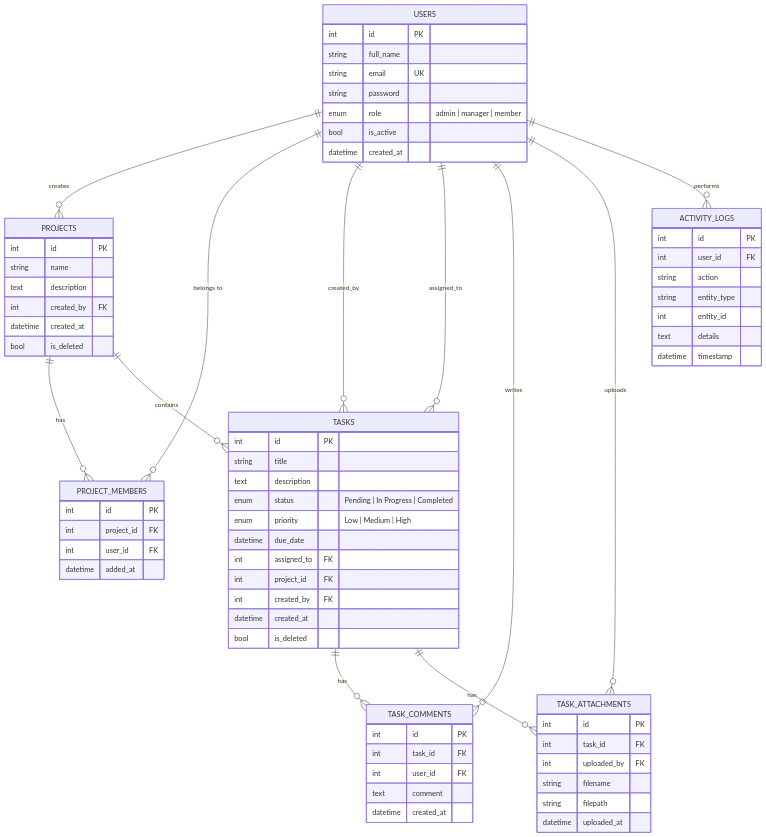
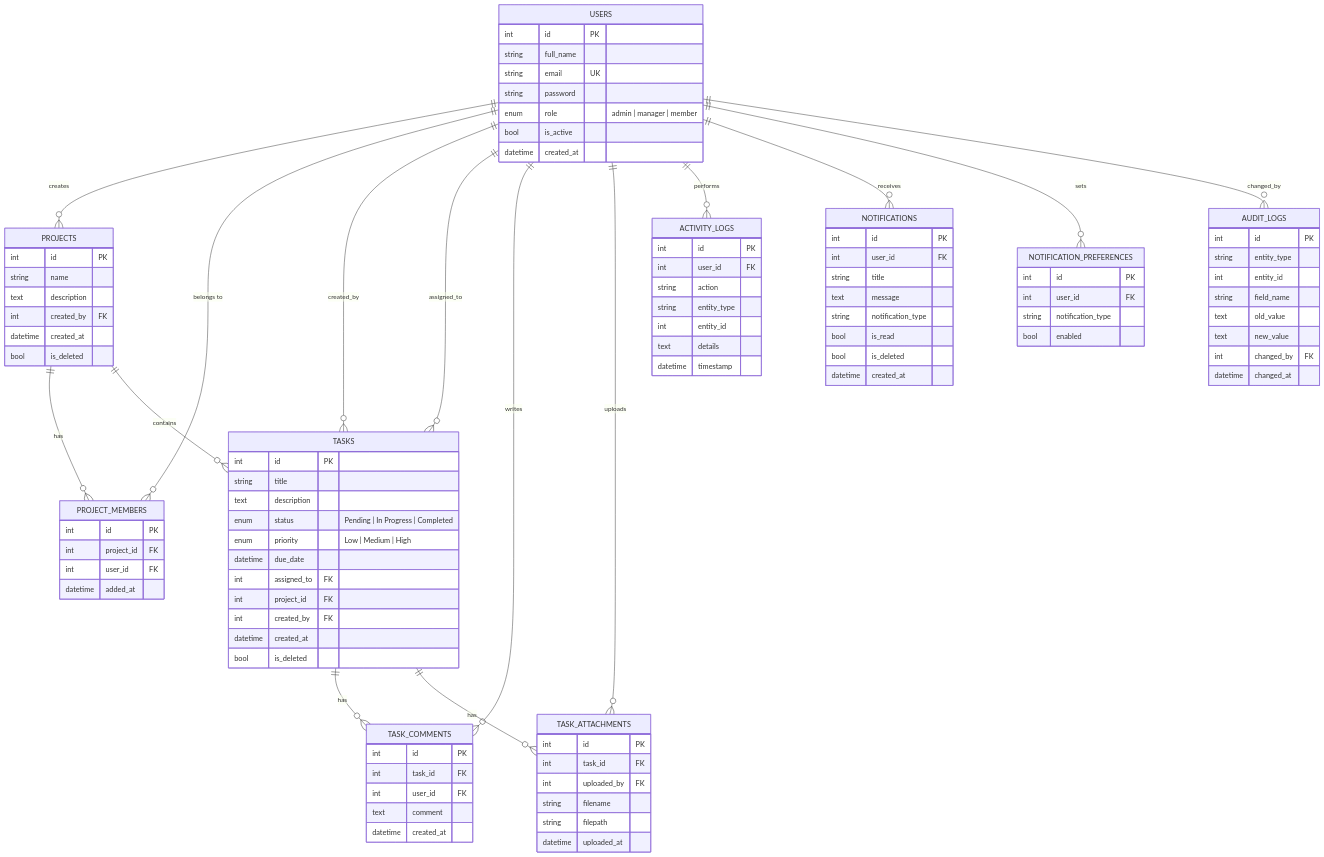
The diagram in docs/SCHEMA.md (veerasurendra/Multi-Tenant-Project-Workflow-Management-Platform), drawn with Mermaid before and after one commit. The commit also changed other lines of this file and 39 other files, not shown here.

````diff
--- a/docs/SCHEMA.md
+++ b/docs/SCHEMA.md
@@ -11,6 +11,9 @@
     USERS ||--o{ TASK_COMMENTS : "writes"
     USERS ||--o{ TASK_ATTACHMENTS : "uploads"
     USERS ||--o{ ACTIVITY_LOGS : "performs"
+    USERS ||--o{ NOTIFICATIONS : "receives"
+    USERS ||--o{ NOTIFICATION_PREFERENCES : "sets"
+    USERS ||--o{ AUDIT_LOGS : "changed_by"
 
     PROJECTS ||--o{ PROJECT_MEMBERS : "has"
     PROJECTS ||--o{ TASKS : "contains"
@@ -84,4 +87,33 @@
         text details
         datetime timestamp
     }
+
+    NOTIFICATIONS {
+        int id PK
+        int user_id FK
+        string title
+        text message
+        string notification_type
+        bool is_read
+        bool is_deleted
+        datetime created_at
+    }
+
+    NOTIFICATION_PREFERENCES {
+        int id PK
+        int user_id FK
+        string notification_type
+        bool enabled
+    }
+
+    AUDIT_LOGS {
+        int id PK
+        string entity_type
+        int entity_id
+        string field_name
+        text old_value
+        text new_value
+        int changed_by FK
+        datetime changed_at
+    }
 ```
````
